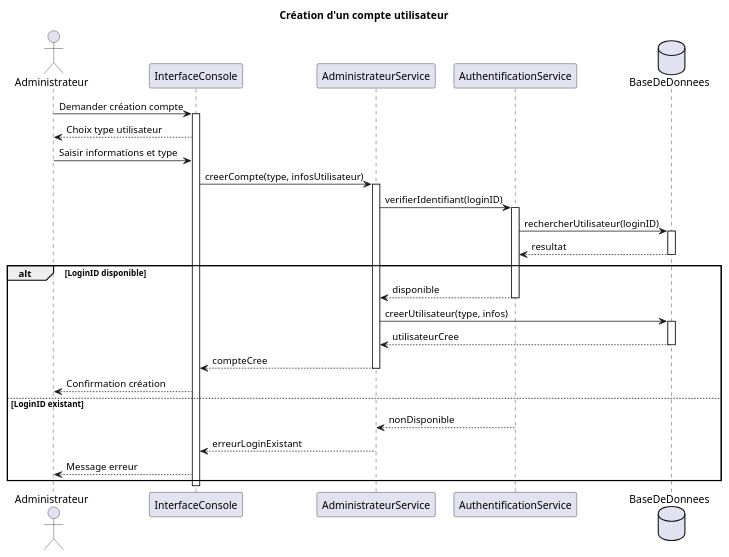
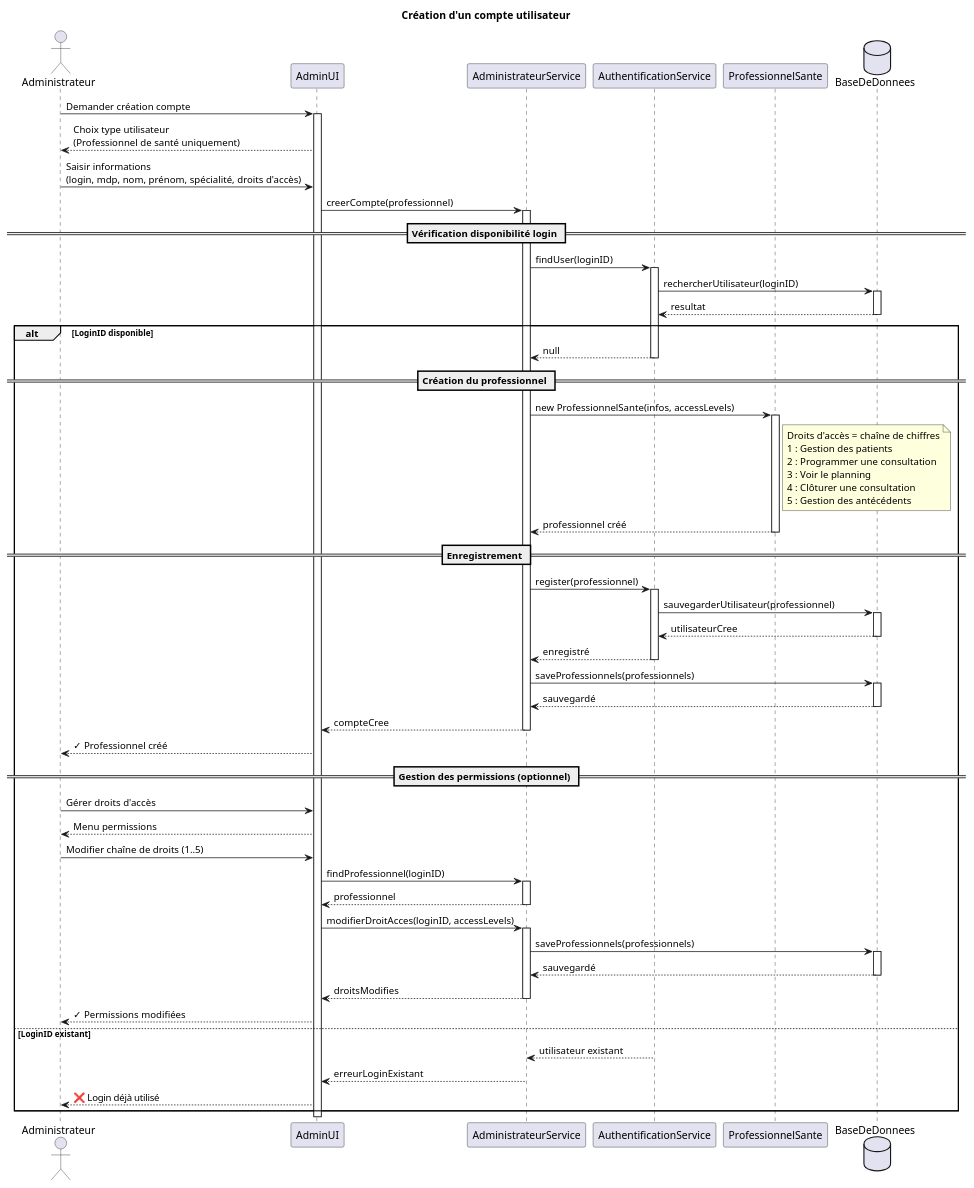
The diagram in src/Diagrammes/sequences/sequence-créer compte.puml (Prime-Dior/Groupe_24), drawn with PlantUML before and after one commit.

Commit message:
Update sequence-créer compte.puml

```diff
--- a/src/Diagrammes/sequences/sequence-créer compte.puml
+++ b/src/Diagrammes/sequences/sequence-créer compte.puml
@@ -1,50 +1,98 @@
-@startuml CreerCompte
-title Création d'un compte utilisateur
+@startuml
+title Création d'un compte utilisateur 
 
 actor "Administrateur" as Admin
-participant "InterfaceConsole" as UI
+participant "AdminUI" as UI
 participant "AdministrateurService" as AdminService
 participant "AuthentificationService" as Auth
+participant "ProfessionnelSante" as ProfObj
 database "BaseDeDonnees" as DB
 
 Admin -> UI : Demander création compte
 activate UI
 
-UI --> Admin : Choix type utilisateur
-Admin -> UI : Saisir informations et type
+UI --> Admin : Choix type utilisateur\n(Professionnel de santé uniquement)
 
-UI -> AdminService : creerCompte(type, infosUtilisateur)
+Admin -> UI : Saisir informations\n(login, mdp, nom, prénom, spécialité, droits d'accès)
+
+UI -> AdminService : creerCompte(professionnel)
 activate AdminService
 
-AdminService -> Auth : verifierIdentifiant(loginID)
+== Vérification disponibilité login ==
+AdminService -> Auth : findUser(loginID)
 activate Auth
 
 Auth -> DB : rechercherUtilisateur(loginID)
 activate DB
 DB --> Auth : resultat
 deactivate DB
 
 alt LoginID disponible
-    Auth --> AdminService : disponible
+    Auth --> AdminService : null
     deactivate Auth
-
-    AdminService -> DB : creerUtilisateur(type, infos)
+    
+    == Création du professionnel ==
+    AdminService -> ProfObj : new ProfessionnelSante(infos, accessLevels)
+    activate ProfObj
+    
+    note right of ProfObj
+      Droits d'accès = chaîne de chiffres
+      1 : Gestion des patients
+      2 : Programmer une consultation
+      3 : Voir le planning
+      4 : Clôturer une consultation
+      5 : Gestion des antécédents
+    end note
+    
+    ProfObj --> AdminService : professionnel créé
+    deactivate ProfObj
+    
+    == Enregistrement ==
+    AdminService -> Auth : register(professionnel)
+    activate Auth
+    Auth -> DB : sauvegarderUtilisateur(professionnel)
     activate DB
-    DB --> AdminService : utilisateurCree
+    DB --> Auth : utilisateurCree
     deactivate DB
-
+    Auth --> AdminService : enregistré
+    deactivate Auth
+    
+    AdminService -> DB : saveProfessionnels(professionnels)
+    activate DB
+    DB --> AdminService : sauvegardé
+    deactivate DB
+    
     AdminService --> UI : compteCree
     deactivate AdminService
-    UI --> Admin : Confirmation création
-
+    
+    UI --> Admin : ✓ Professionnel créé
+    
+    == Gestion des permissions (optionnel) ==
+    Admin -> UI : Gérer droits d'accès
+    UI --> Admin : Menu permissions
+    Admin -> UI : Modifier chaîne de droits (1..5)
+    
+    UI -> AdminService : findProfessionnel(loginID)
+    activate AdminService
+    AdminService --> UI : professionnel
+    deactivate AdminService
+    
+    UI -> AdminService : modifierDroitAcces(loginID, accessLevels)
+    activate AdminService
+    AdminService -> DB : saveProfessionnels(professionnels)
+    activate DB
+    DB --> AdminService : sauvegardé
+    deactivate DB
+    AdminService --> UI : droitsModifies
+    deactivate AdminService
+    
+    UI --> Admin : ✓ Permissions modifiées
+    
 else LoginID existant
-    Auth --> AdminService : nonDisponible
+    Auth --> AdminService : utilisateur existant
     deactivate Auth
     AdminService --> UI : erreurLoginExistant
     deactivate AdminService
-    UI --> Admin : Message erreur
+    UI --> Admin : ❌ Login déjà utilisé
 end
-
-deactivate UI
-
 @enduml
```
